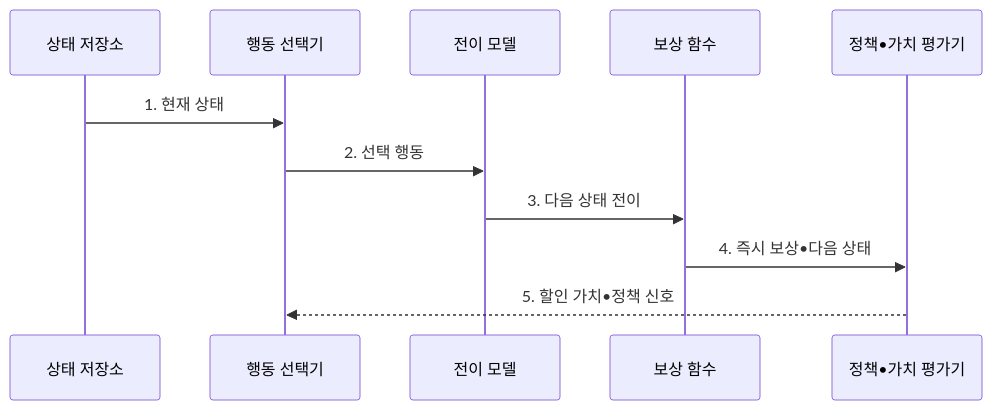
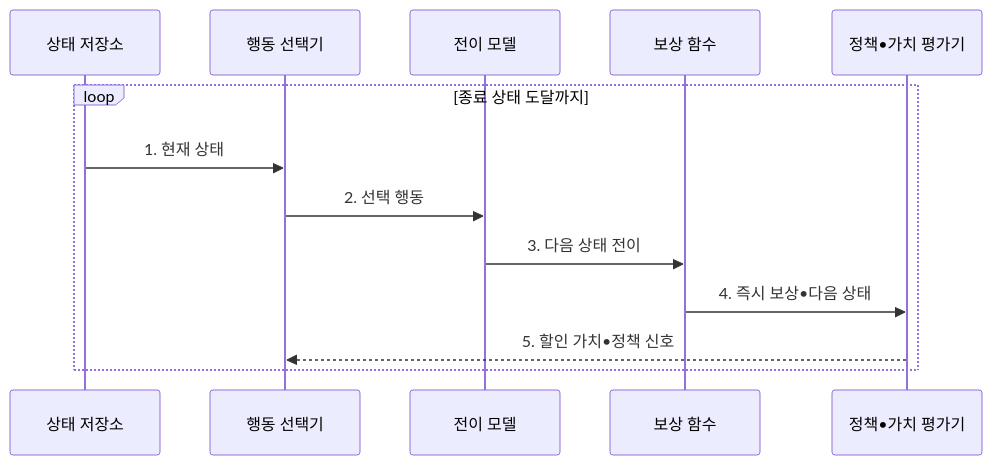
One commit to agnusdei1207/knowledge-base changed the second of 2 diagrams in src/content/docs/notes/08-latest-tech/096_markov_decision_process.md. Above: the diagram before and after it, drawn with Mermaid. The commit also changed other lines of this file and 13 other files, not shown here.

````diff
--- a/src/content/docs/notes/08-latest-tech/096_markov_decision_process.md
+++ b/src/content/docs/notes/08-latest-tech/096_markov_decision_process.md
@@ -107,13 +107,15 @@
 ```mermaid
 sequenceDiagram
   participant S as 상태 저장소
   participant A as 행동 선택기
   participant T as 전이 모델
   participant R as 보상 함수
   participant P as 정책•가치 평가기
-  S->>A: 1. 현재 상태
-  A->>T: 2. 선택 행동
-  T->>R: 3. 다음 상태 전이
-  R->>P: 4. 즉시 보상•다음 상태
-  P-->>A: 5. 할인 가치•정책 신호
+  loop 종료 상태 도달까지
+    S->>A: 1. 현재 상태
+    A->>T: 2. 선택 행동
+    T->>R: 3. 다음 상태 전이
+    R->>P: 4. 즉시 보상•다음 상태
+    P-->>A: 5. 할인 가치•정책 신호
+  end
 ```
````
